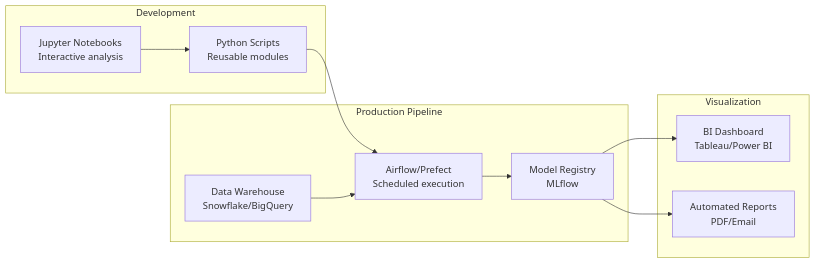
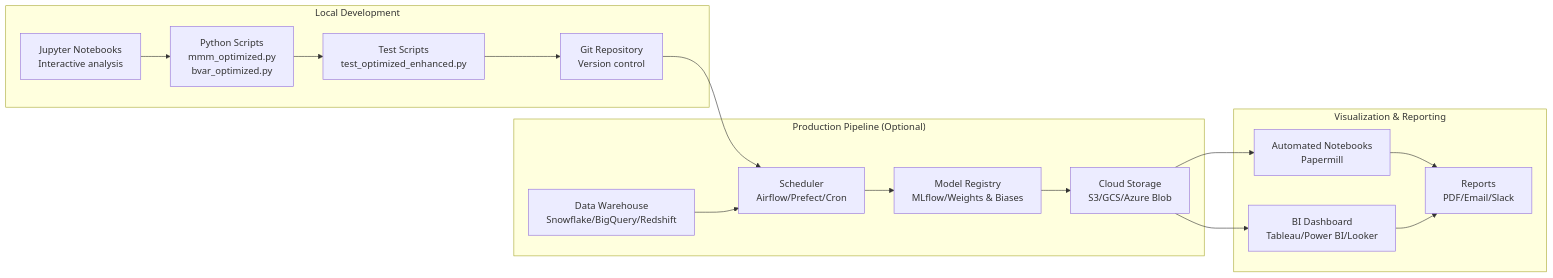
Before and after one commit to cybernexcorps/long-term-ad-effectiveness: the eighth of 8 diagrams in docs/ARCHITECTURE.md, drawn with Mermaid. The commit also changed other lines of this file and 3 other files, not shown here.

````diff
--- a/docs/ARCHITECTURE.md
+++ b/docs/ARCHITECTURE.md
@@ -304,25 +715,36 @@
 ```mermaid
 graph LR
-    subgraph "Development"
+    subgraph "Local Development"
         Jupyter[Jupyter Notebooks<br/>Interactive analysis]
-        Scripts[Python Scripts<br/>Reusable modules]
+        Scripts[Python Scripts<br/>mmm_optimized.py<br/>bvar_optimized.py]
+        Tests[Test Scripts<br/>test_optimized_enhanced.py]
+        Git[Git Repository<br/>Version control]
     end
 
-    subgraph "Production Pipeline"
-        Schedule[Airflow/Prefect<br/>Scheduled execution]
-        DataWarehouse[Data Warehouse<br/>Snowflake/BigQuery]
-        ModelStore[Model Registry<br/>MLflow]
+    subgraph "Production Pipeline (Optional)"
+        Schedule[Scheduler<br/>Airflow/Prefect/Cron]
+        DataWarehouse[Data Warehouse<br/>Snowflake/BigQuery/Redshift]
+        ModelRegistry[Model Registry<br/>MLflow/Weights & Biases]
+        Storage[Cloud Storage<br/>S3/GCS/Azure Blob]
     end
 
-    subgraph "Visualization"
-        BI[BI Dashboard<br/>Tableau/Power BI]
-        Reports[Automated Reports<br/>PDF/Email]
+    subgraph "Visualization & Reporting"
+        BI[BI Dashboard<br/>Tableau/Power BI/Looker]
+        Notebooks[Automated Notebooks<br/>Papermill]
+        Reports[Reports<br/>PDF/Email/Slack]
     end
 
     Jupyter --> Scripts
-    Scripts --> Schedule
+    Scripts --> Tests
+    Tests --> Git
+
+    Git --> Schedule
     DataWarehouse --> Schedule
-    Schedule --> ModelStore
-    ModelStore --> BI
-    ModelStore --> Reports
+    Schedule --> ModelRegistry
+    ModelRegistry --> Storage
+
+    Storage --> BI
+    Storage --> Notebooks
+    Notebooks --> Reports
+    BI --> Reports
 ```
````
